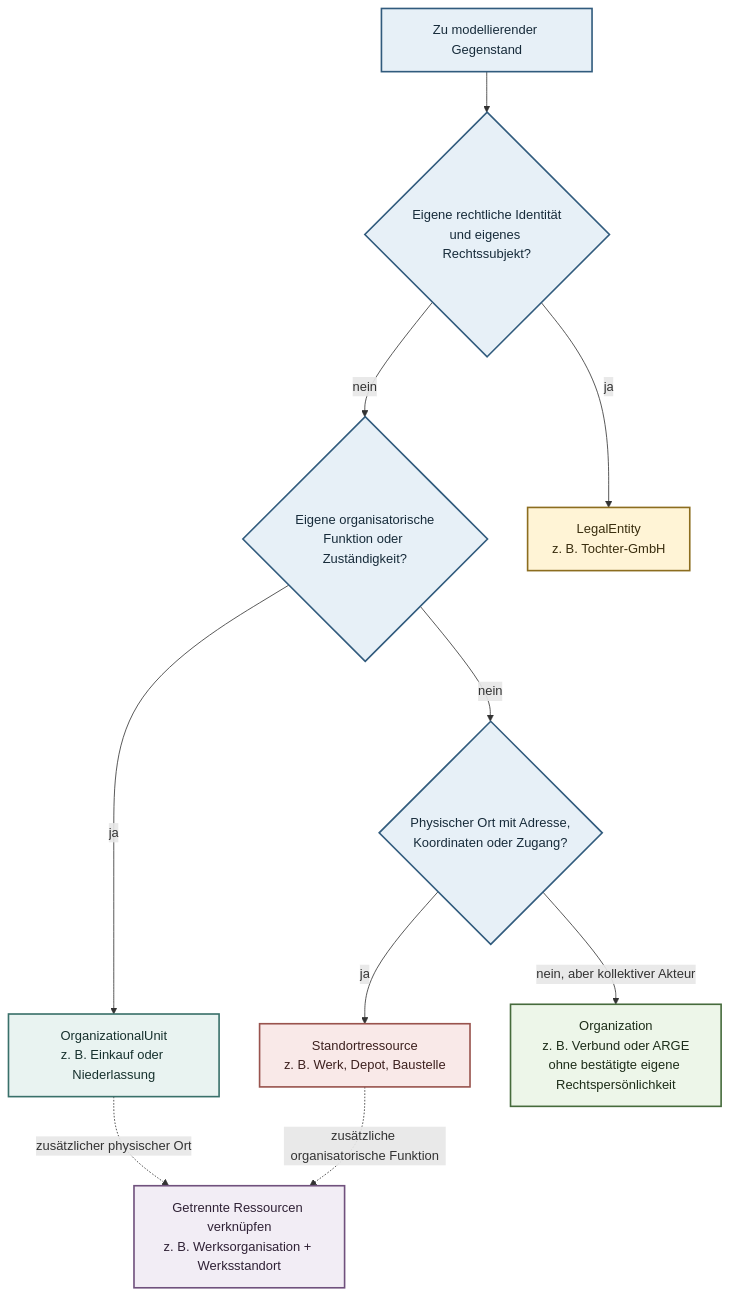
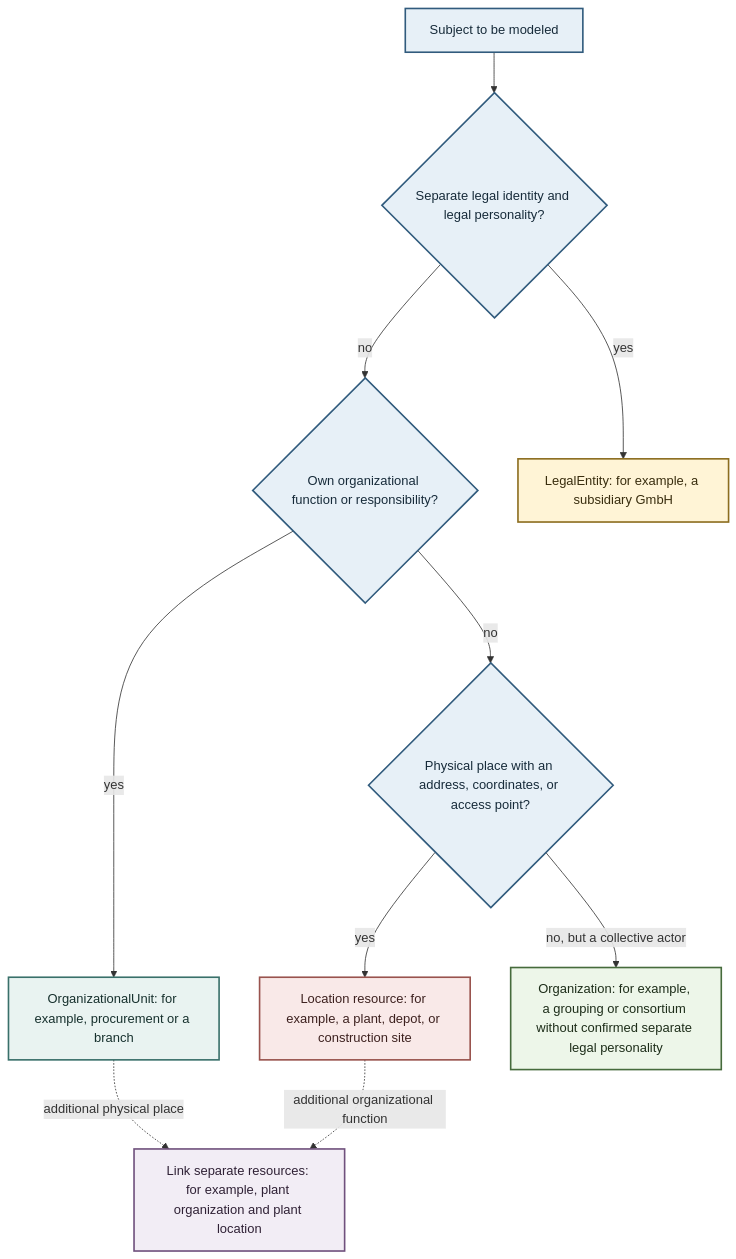
Before and after one commit to project-construct-x/constructx-ontologies: the third of 4 diagrams in modules/core/organization/docs/diagrams/organization-concept-model.md, drawn with Mermaid. The commit also changed other lines of this file and 230 other files, not shown here.

````diff
--- a/modules/core/organization/docs/diagrams/organization-concept-model.md
+++ b/modules/core/organization/docs/diagrams/organization-concept-model.md
@@ -145,39 +141,39 @@
 ```mermaid
 flowchart TB
-    Subject["Zu modellierender Gegenstand"]
+    Subject["Subject to be modeled"]
 
-    LegalQuestion{"Eigene rechtliche Identität<br/>und eigenes Rechtssubjekt?"}
-    FunctionQuestion{"Eigene organisatorische<br/>Funktion oder Zuständigkeit?"}
-    PlaceQuestion{"Physischer Ort mit Adresse,<br/>Koordinaten oder Zugang?"}
+    LegalQuestion{"Separate legal identity and legal personality?"}
+    FunctionQuestion{"Own organizational function or responsibility?"}
+    PlaceQuestion{"Physical place with an address, coordinates, or access point?"}
 
-    Legal["LegalEntity<br/>z. B. Tochter-GmbH"]
-    Unit["OrganizationalUnit<br/>z. B. Einkauf oder Niederlassung"]
-    Place["Standortressource<br/>z. B. Werk, Depot, Baustelle"]
-    Combined["Getrennte Ressourcen verknüpfen<br/>z. B. Werksorganisation + Werksstandort"]
-    General["Organization<br/>z. B. Verbund oder ARGE<br/>ohne bestätigte eigene Rechtspersönlichkeit"]
+    Legal["LegalEntity: for example, a subsidiary GmbH"]
+    Unit["OrganizationalUnit: for example, procurement or a branch"]
+    Place["Location resource: for example, a plant, depot, or construction site"]
+    Combined["Link separate resources: for example, plant organization and plant location"]
+    General["Organization: for example, a grouping or consortium without confirmed separate legal personality"]
 
     Subject --> LegalQuestion
-    LegalQuestion -->|"ja"| Legal
-    LegalQuestion -->|"nein"| FunctionQuestion
-    FunctionQuestion -->|"ja"| Unit
-    FunctionQuestion -->|"nein"| PlaceQuestion
-    PlaceQuestion -->|"ja"| Place
-    PlaceQuestion -->|"nein, aber kollektiver Akteur"| General
+    LegalQuestion -->|"yes"| Legal
+    LegalQuestion -->|"no"| FunctionQuestion
+    FunctionQuestion -->|"yes"| Unit
+    FunctionQuestion -->|"no"| PlaceQuestion
+    PlaceQuestion -->|"yes"| Place
+    PlaceQuestion -->|"no, but a collective actor"| General
 
-    Unit -.->|"zusätzlicher physischer Ort"| Combined
-    Place -.->|"zusätzliche organisatorische Funktion"| Combined
+    Unit -.->|"additional physical place"| Combined
+    Place -.->|"additional organizational function"| Combined
 
     classDef question fill:#e7f0f7,stroke:#315b7d,color:#172b3a,stroke-width:2px;
     classDef legal fill:#fff4d6,stroke:#8c6d1f,color:#392d0e,stroke-width:2px;
     classDef unit fill:#e9f3f1,stroke:#39706a,color:#17312e,stroke-width:2px;
     classDef place fill:#f9e9e8,stroke:#99534d,color:#3d211f,stroke-width:2px;
     classDef combined fill:#f2edf5,stroke:#70517d,color:#2f2135,stroke-width:2px;
     classDef general fill:#edf6e9,stroke:#466b3c,color:#1d2d19,stroke-width:2px;
 
     class Subject,LegalQuestion,FunctionQuestion,PlaceQuestion question;
     class Legal legal;
     class Unit unit;
     class Place place;
     class Combined combined;
     class General general;
 ```
````
